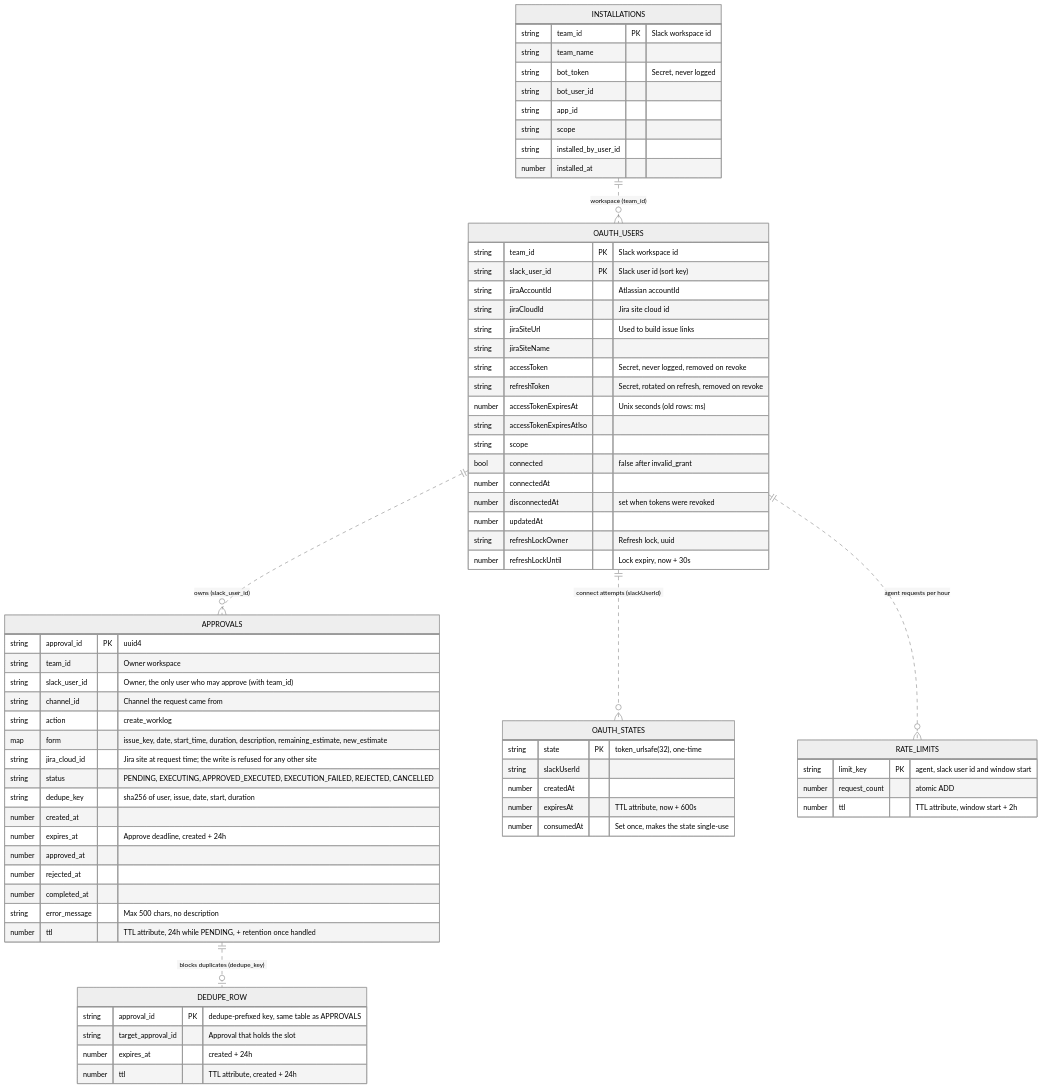
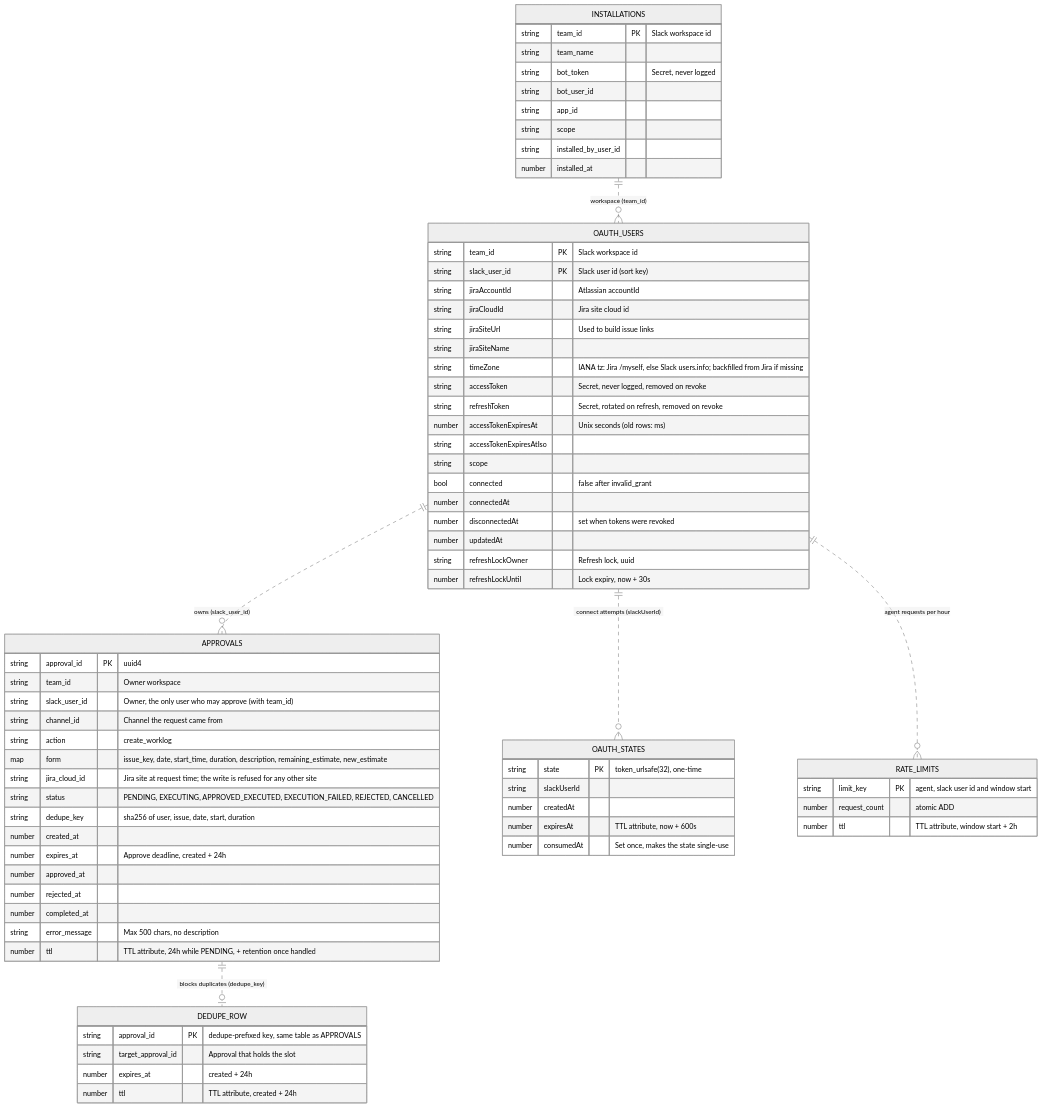
Before and after one commit to lolohoang123/jira_agent: the second of 12 diagrams in docs/design/data_model_and_flows.md, drawn with Mermaid (neutral theme). The commit also changed other lines of this file and 16 other files, not shown here.

````diff
--- a/docs/design/data_model_and_flows.md
+++ b/docs/design/data_model_and_flows.md
@@ -50,74 +50,75 @@
 ```mermaid
 erDiagram
     OAUTH_USERS ||..o{ APPROVALS : "owns (slack_user_id)"
     OAUTH_USERS ||..o{ OAUTH_STATES : "connect attempts (slackUserId)"
     OAUTH_USERS ||..o{ RATE_LIMITS : "agent requests per hour"
     INSTALLATIONS ||..o{ OAUTH_USERS : "workspace (team_id)"
     APPROVALS ||..o| DEDUPE_ROW : "blocks duplicates (dedupe_key)"
 
     OAUTH_USERS {
         string team_id PK "Slack workspace id"
         string slack_user_id PK "Slack user id (sort key)"
         string jiraAccountId "Atlassian accountId"
         string jiraCloudId "Jira site cloud id"
         string jiraSiteUrl "Used to build issue links"
         string jiraSiteName
+        string timeZone "IANA tz: Jira /myself, else Slack users.info; backfilled from Jira if missing"
         string accessToken "Secret, never logged, removed on revoke"
         string refreshToken "Secret, rotated on refresh, removed on revoke"
         number accessTokenExpiresAt "Unix seconds (old rows: ms)"
         string accessTokenExpiresAtIso
         string scope
         bool connected "false after invalid_grant"
         number connectedAt
         number disconnectedAt "set when tokens were revoked"
         number updatedAt
         string refreshLockOwner "Refresh lock, uuid"
         number refreshLockUntil "Lock expiry, now + 30s"
     }
     OAUTH_STATES {
         string state PK "token_urlsafe(32), one-time"
         string slackUserId
         number createdAt
         number expiresAt "TTL attribute, now + 600s"
         number consumedAt "Set once, makes the state single-use"
     }
     APPROVALS {
         string approval_id PK "uuid4"
         string team_id "Owner workspace"
         string slack_user_id "Owner, the only user who may approve (with team_id)"
         string channel_id "Channel the request came from"
         string action "create_worklog"
         map form "issue_key, date, start_time, duration, description, remaining_estimate, new_estimate"
         string jira_cloud_id "Jira site at request time; the write is refused for any other site"
         string status "PENDING, EXECUTING, APPROVED_EXECUTED, EXECUTION_FAILED, REJECTED, CANCELLED"
         string dedupe_key "sha256 of user, issue, date, start, duration"
         number created_at
         number expires_at "Approve deadline, created + 24h"
         number approved_at
         number rejected_at
         number completed_at
         string error_message "Max 500 chars, no description"
         number ttl "TTL attribute, 24h while PENDING, + retention once handled"
     }
     INSTALLATIONS {
         string team_id PK "Slack workspace id"
         string team_name
         string bot_token "Secret, never logged"
         string bot_user_id
         string app_id
         string scope
         string installed_by_user_id
         number installed_at
     }
     DEDUPE_ROW {
         string approval_id PK "dedupe-prefixed key, same table as APPROVALS"
         string target_approval_id "Approval that holds the slot"
         number expires_at "created + 24h"
         number ttl "TTL attribute, created + 24h"
     }
     RATE_LIMITS {
         string limit_key PK "agent, slack user id and window start"
         number request_count "atomic ADD"
         number ttl "TTL attribute, window start + 2h"
     }
 ```
````
